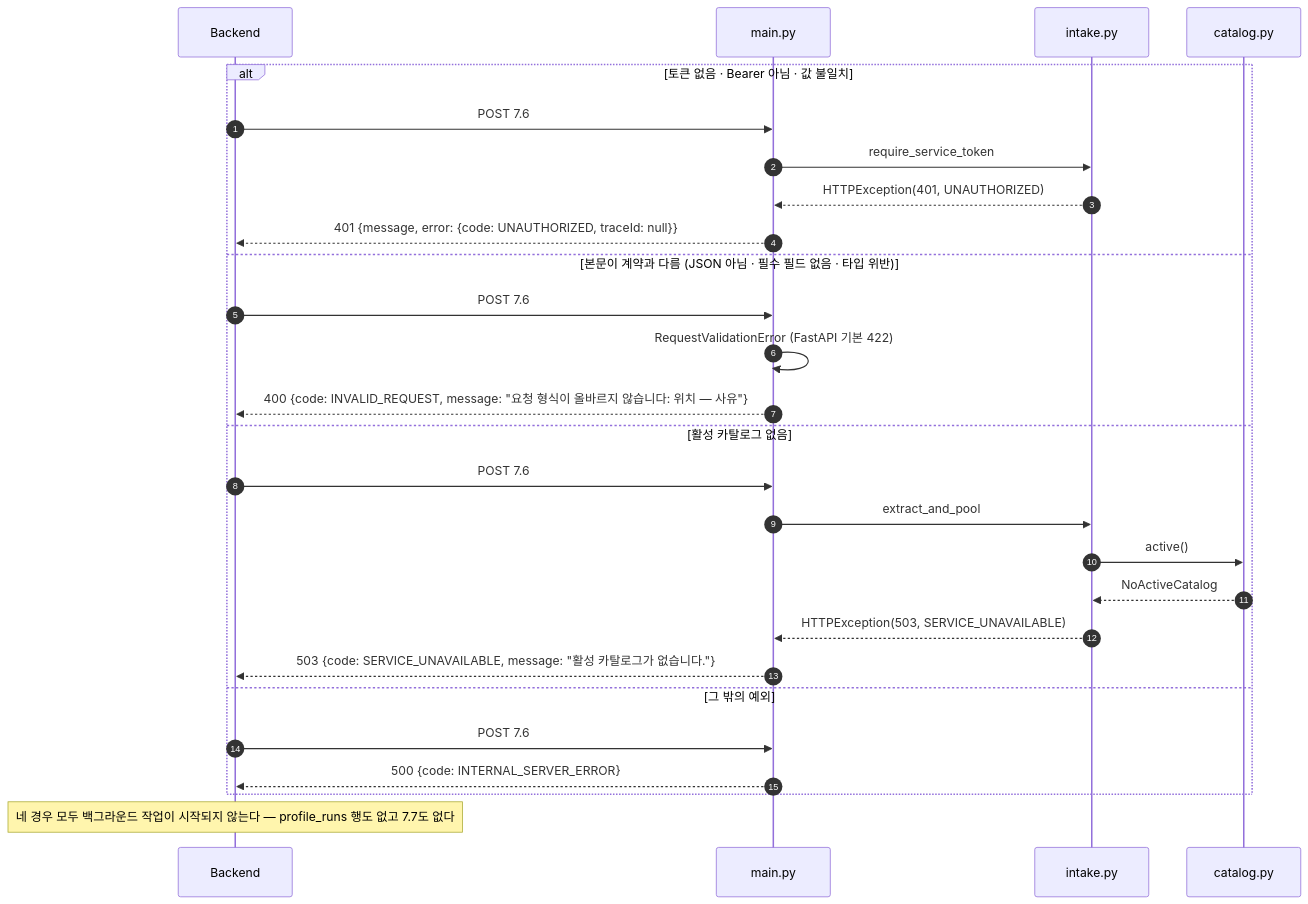
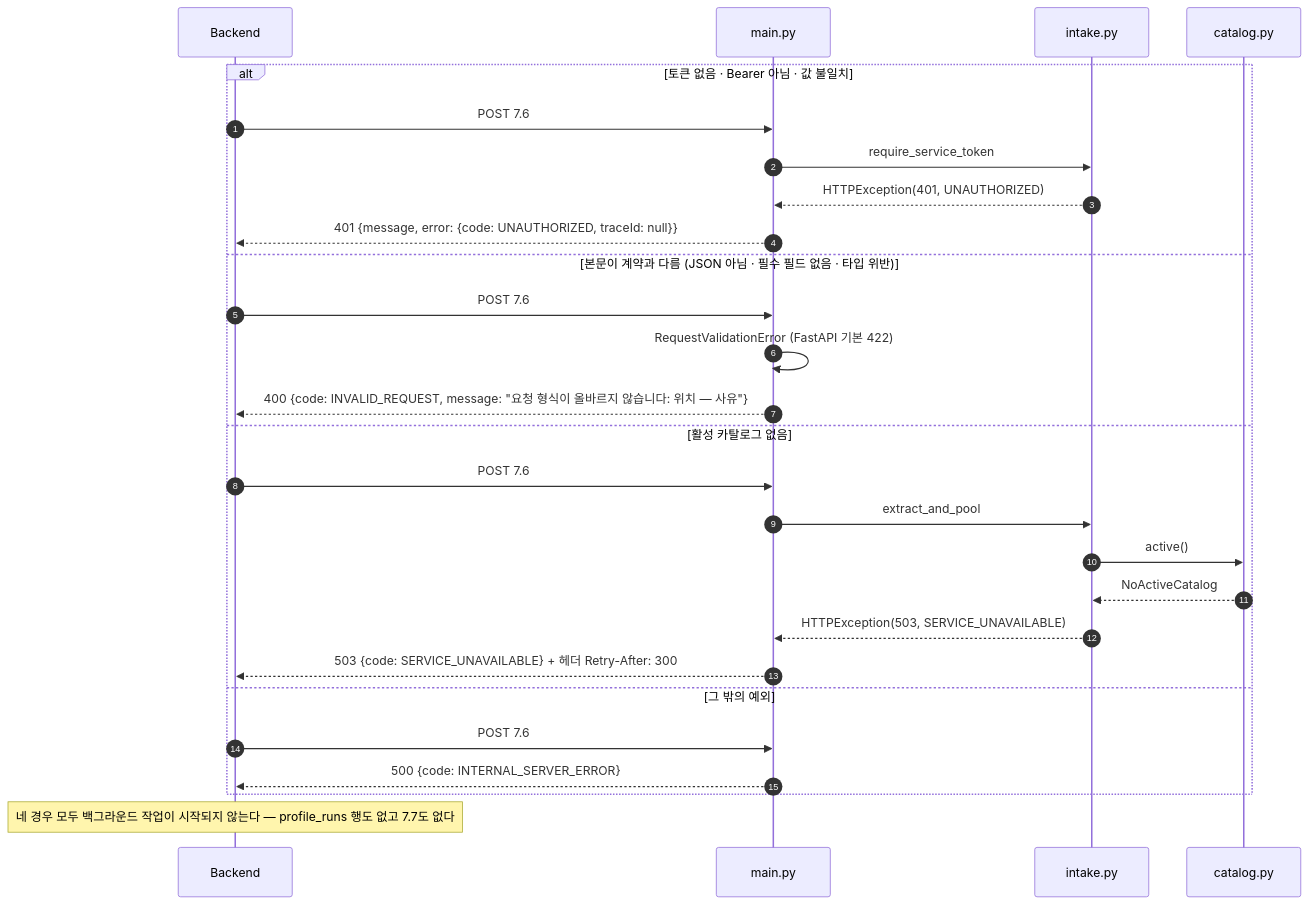
One commit to 100-hours-a-week/KTB4-12th-AI changed the third of 6 diagrams in profiling/docs/시퀀스_전체.md. Above: the diagram before and after it, drawn with Mermaid. The commit also changed other lines of this file and 12 other files, not shown here.

````diff
--- a/profiling/docs/시퀀스_전체.md
+++ b/profiling/docs/시퀀스_전체.md
@@ -141,30 +141,30 @@
 ```mermaid
 sequenceDiagram
   autonumber
   participant BE as Backend
   participant APP as main.py
   participant R as intake.py
   participant CAT as catalog.py
 
   alt 토큰 없음 · Bearer 아님 · 값 불일치
     BE->>APP: POST 7.6
     APP->>R: require_service_token
     R-->>APP: HTTPException(401, UNAUTHORIZED)
     APP-->>BE: 401 {message, error: {code: UNAUTHORIZED, traceId: null}}
   else 본문이 계약과 다름 (JSON 아님 · 필수 필드 없음 · 타입 위반)
     BE->>APP: POST 7.6
     APP->>APP: RequestValidationError (FastAPI 기본 422)
     APP-->>BE: 400 {code: INVALID_REQUEST, message: "요청 형식이 올바르지 않습니다: 위치 — 사유"}
   else 활성 카탈로그 없음
     BE->>APP: POST 7.6
     APP->>R: extract_and_pool
     R->>CAT: active()
     CAT-->>R: NoActiveCatalog
     R-->>APP: HTTPException(503, SERVICE_UNAVAILABLE)
-    APP-->>BE: 503 {code: SERVICE_UNAVAILABLE, message: "활성 카탈로그가 없습니다."}
+    APP-->>BE: 503 {code: SERVICE_UNAVAILABLE} + 헤더 Retry-After: 300
   else 그 밖의 예외
     BE->>APP: POST 7.6
     APP-->>BE: 500 {code: INTERNAL_SERVER_ERROR}
   end
   Note over BE: 네 경우 모두 백그라운드 작업이 시작되지 않는다 — profile_runs 행도 없고 7.7도 없다
 ```
````
